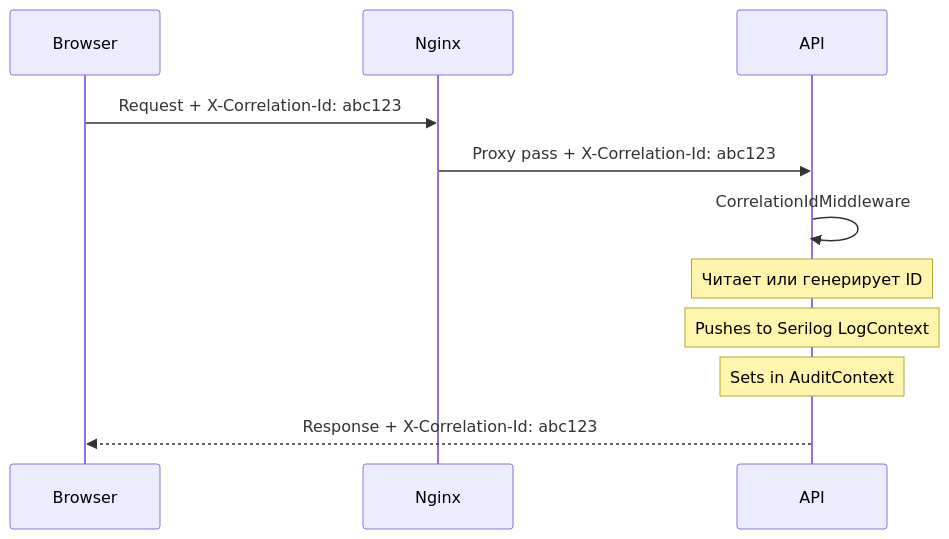
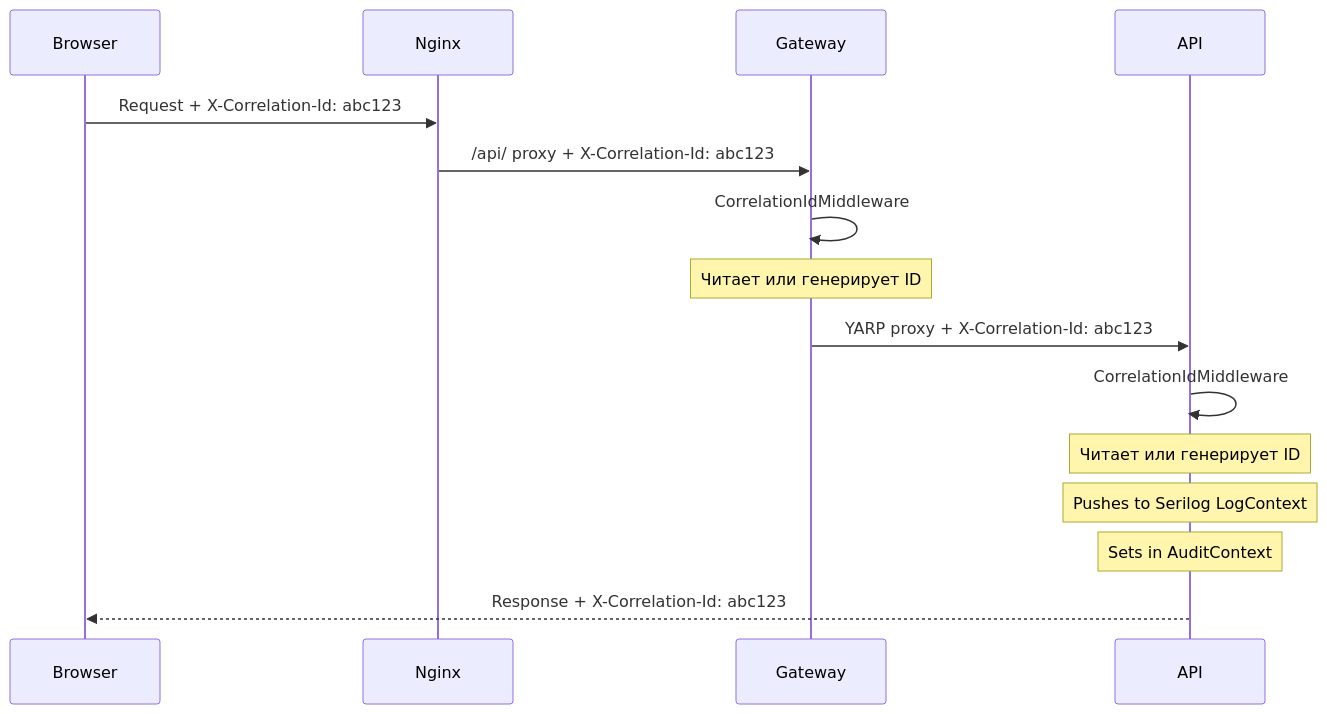
Before and after one commit to bebeleeloo/backoffice: the diagram in docs/architecture/09-observability.md, drawn with Mermaid. The commit also changed other lines of this file and 6 other files, not shown here.

````diff
--- a/docs/architecture/09-observability.md
+++ b/docs/architecture/09-observability.md
@@ -23,14 +23,18 @@
 ```mermaid
 sequenceDiagram
     participant Browser
     participant Nginx
+    participant Gateway
     participant API
 
     Browser->>Nginx: Request + X-Correlation-Id: abc123
-    Nginx->>API: Proxy pass + X-Correlation-Id: abc123
+    Nginx->>Gateway: /api/ proxy + X-Correlation-Id: abc123
+    Gateway->>Gateway: CorrelationIdMiddleware
+    Note over Gateway: Читает или генерирует ID
+    Gateway->>API: YARP proxy + X-Correlation-Id: abc123
     API->>API: CorrelationIdMiddleware
     Note over API: Читает или генерирует ID
     Note over API: Pushes to Serilog LogContext
     Note over API: Sets in AuditContext
     API-->>Browser: Response + X-Correlation-Id: abc123
 ```
````
